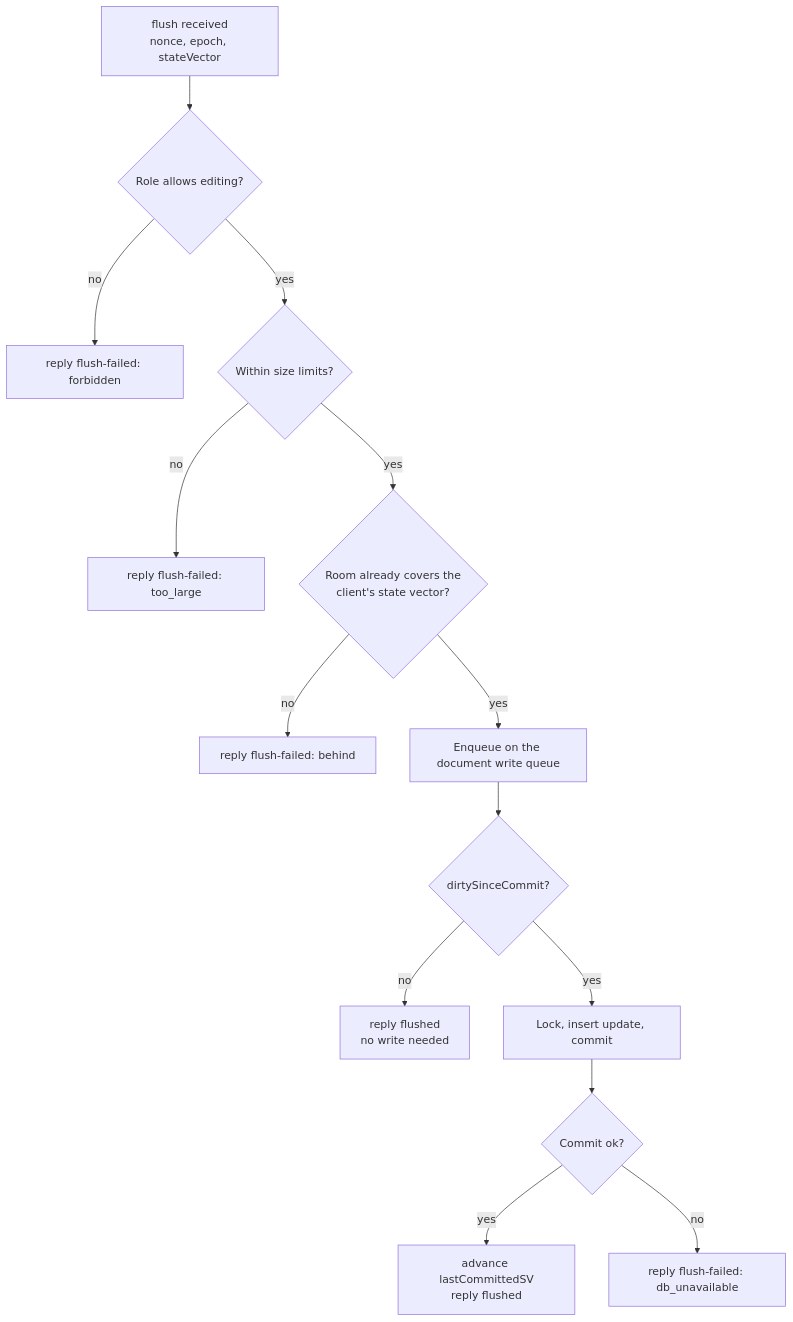
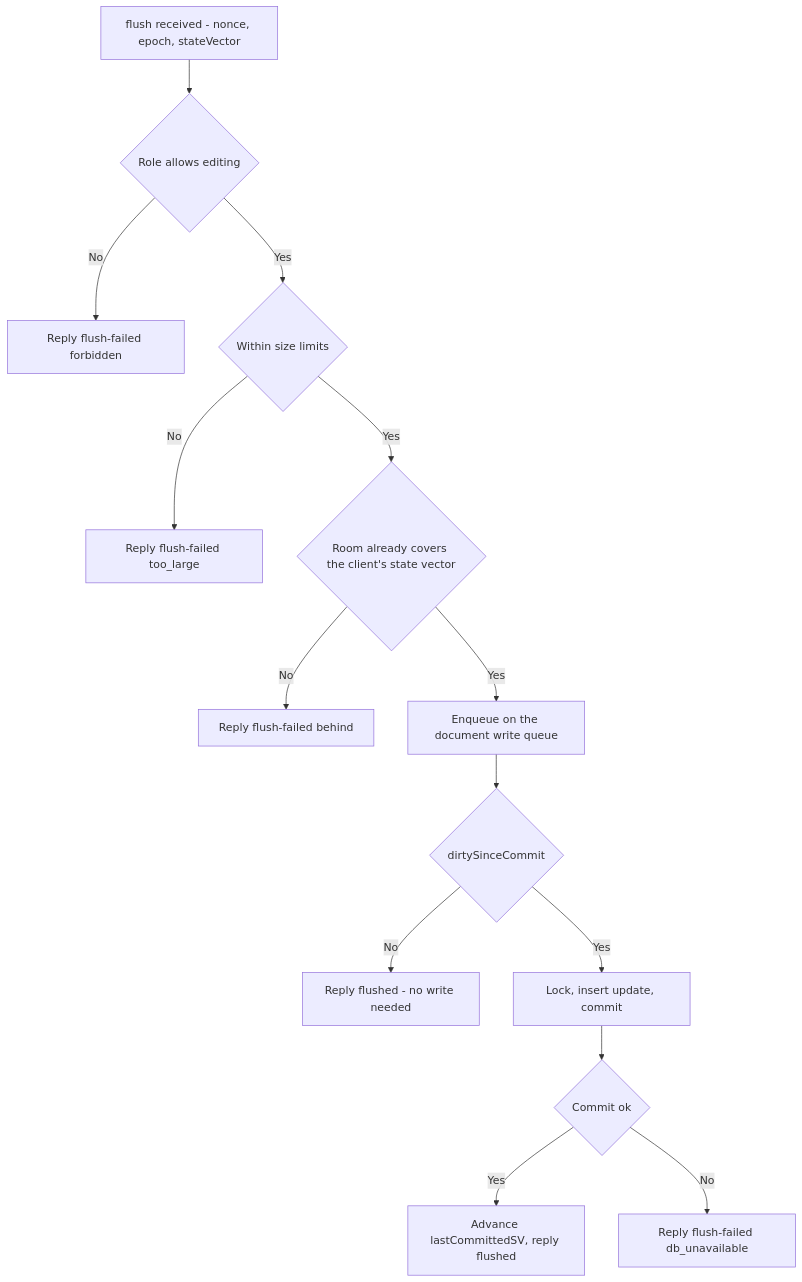
One commit to syncspace-app/syncspace changed diagram 11 of 18 in docs/architecture-lld.md. Above: the diagram before and after it, drawn with Mermaid. The commit also changed other lines of this file and 2 other files, not shown here.

````diff
--- a/docs/architecture-lld.md
+++ b/docs/architecture-lld.md
@@ -550,16 +668,16 @@
 ```mermaid
-flowchart TD
-  F["flush received<br/>nonce, epoch, stateVector"] --> P{"Role allows editing?"}
-  P -->|"no"| X1["reply flush-failed: forbidden"]
-  P -->|"yes"| SZ{"Within size limits?"}
-  SZ -->|"no"| X2["reply flush-failed: too_large"]
-  SZ -->|"yes"| CV{"Room already covers the<br/>client's state vector?"}
-  CV -->|"no"| X3["reply flush-failed: behind"]
-  CV -->|"yes"| Q["Enqueue on the document write queue"]
-  Q --> D{"dirtySinceCommit?"}
-  D -->|"no"| OKN["reply flushed<br/>no write needed"]
-  D -->|"yes"| W["Lock, insert update, commit"]
-  W --> C{"Commit ok?"}
-  C -->|"yes"| OK["advance lastCommittedSV<br/>reply flushed"]
-  C -->|"no"| X4["reply flush-failed: db_unavailable"]
+flowchart TB
+  F[flush received - nonce, epoch, stateVector] --> A{Role allows editing}
+  A -->|No| X1[Reply flush-failed forbidden]
+  A -->|Yes| B{Within size limits}
+  B -->|No| X2[Reply flush-failed too_large]
+  B -->|Yes| C{Room already covers the client's state vector}
+  C -->|No| X3[Reply flush-failed behind]
+  C -->|Yes| D[Enqueue on the document write queue]
+  D --> E{dirtySinceCommit}
+  E -->|No| OK1[Reply flushed - no write needed]
+  E -->|Yes| G[Lock, insert update, commit]
+  G --> H{Commit ok}
+  H -->|Yes| OK2[Advance lastCommittedSV, reply flushed]
+  H -->|No| X4[Reply flush-failed db_unavailable]
 ```
````
